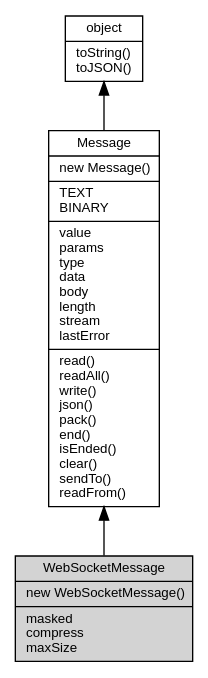
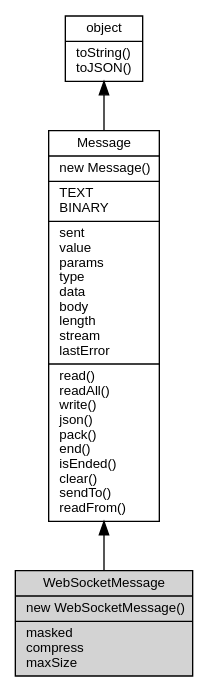
The diagram in docs/manual/object/ifs/WebSocketMessage.md (fibjs/fibjs.org), drawn with Graphviz before and after one commit. The commit also changed other lines of this file and 63 other files, not shown here.

````diff
--- a/docs/manual/object/ifs/WebSocketMessage.md
+++ b/docs/manual/object/ifs/WebSocketMessage.md
@@ -40,12 +40,12 @@
 ```dot
 digraph {
     node [fontname="Helvetica,sans-Serif", fontsize=10, shape="record", style="filled", fillcolor="white"];
 
     object [tooltip="object", URL="object.md", label="{object|toString()\ltoJSON()\l}"];
-    Message [tooltip="Message", URL="Message.md", label="{Message|new Message()\l|TEXT\lBINARY\l|value\lparams\ltype\ldata\lbody\llength\lstream\llastError\l|read()\lreadAll()\lwrite()\ljson()\lpack()\lend()\lisEnded()\lclear()\lsendTo()\lreadFrom()\l}"];
+    Message [tooltip="Message", URL="Message.md", label="{Message|new Message()\l|TEXT\lBINARY\l|sent\lvalue\lparams\ltype\ldata\lbody\llength\lstream\llastError\l|read()\lreadAll()\lwrite()\ljson()\lpack()\lend()\lisEnded()\lclear()\lsendTo()\lreadFrom()\l}"];
     WebSocketMessage [tooltip="WebSocketMessage", fillcolor="lightgray", id="me", label="{WebSocketMessage|new WebSocketMessage()\l|masked\lcompress\lmaxSize\l}"];
 
     object -> Message [dir=back];
     Message -> WebSocketMessage [dir=back];
 }
 ```
````
